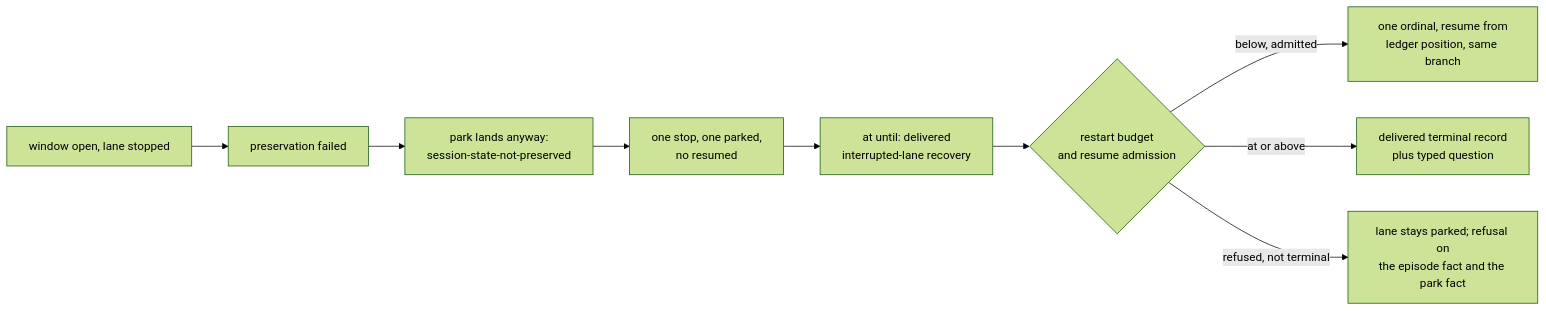
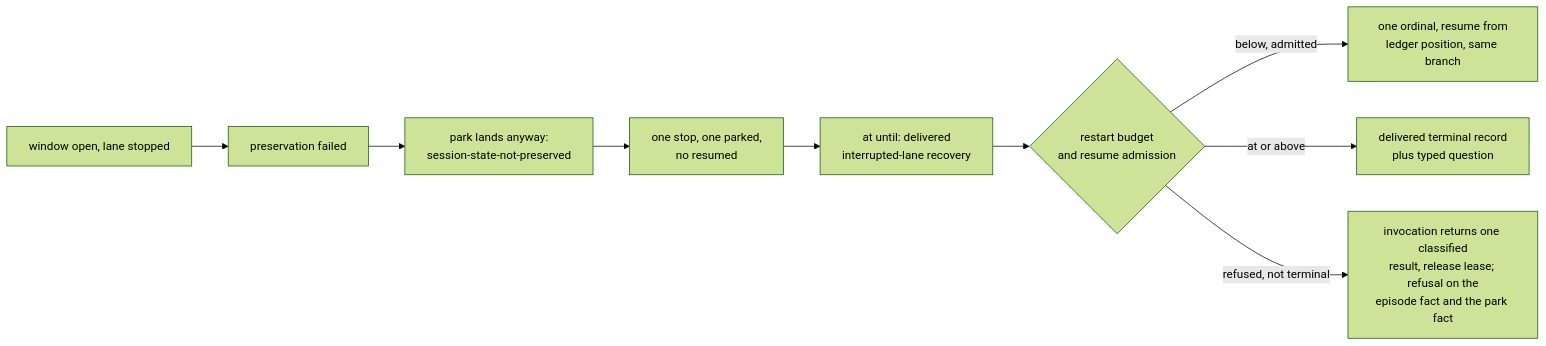
One commit to juliusz-cwiakalski/agentic-delivery-os changed the second of 2 diagrams in doc/changes/2026-11/2026-11-26--GH-413--peak-pausing-dispatch-lane/chg-GH-413-spec.md. Above: the diagram before and after it, drawn with Mermaid (forest theme). The commit also changed other lines of this file and 1 other file, not shown here.

````diff
--- a/doc/changes/2026-11/2026-11-26--GH-413--peak-pausing-dispatch-lane/chg-GH-413-spec.md
+++ b/doc/changes/2026-11/2026-11-26--GH-413--peak-pausing-dispatch-lane/chg-GH-413-spec.md
@@ -185,11 +189,11 @@
 ```mermaid
 flowchart LR
   A["window open, lane stopped"] --> B["preservation failed"]
   B --> C["park lands anyway:<br/>session-state-not-preserved"]
   C --> D["one stop, one parked,<br/>no resumed"]
   D --> E["at until: delivered<br/>interrupted-lane recovery"]
   E --> F{"restart budget<br/>and resume admission"}
   F -->|"below, admitted"| G["one ordinal, resume from<br/>ledger position, same branch"]
   F -->|"at or above"| H["delivered terminal record<br/>plus typed question"]
-  F -->|"refused, not terminal"| I["lane stays parked; refusal on<br/>the episode fact and the park fact"]
+  F -->|"refused, not terminal"| I["invocation returns one classified<br/>result, release lease; refusal on the<br/>episode fact and the park fact"]
 ```
````
